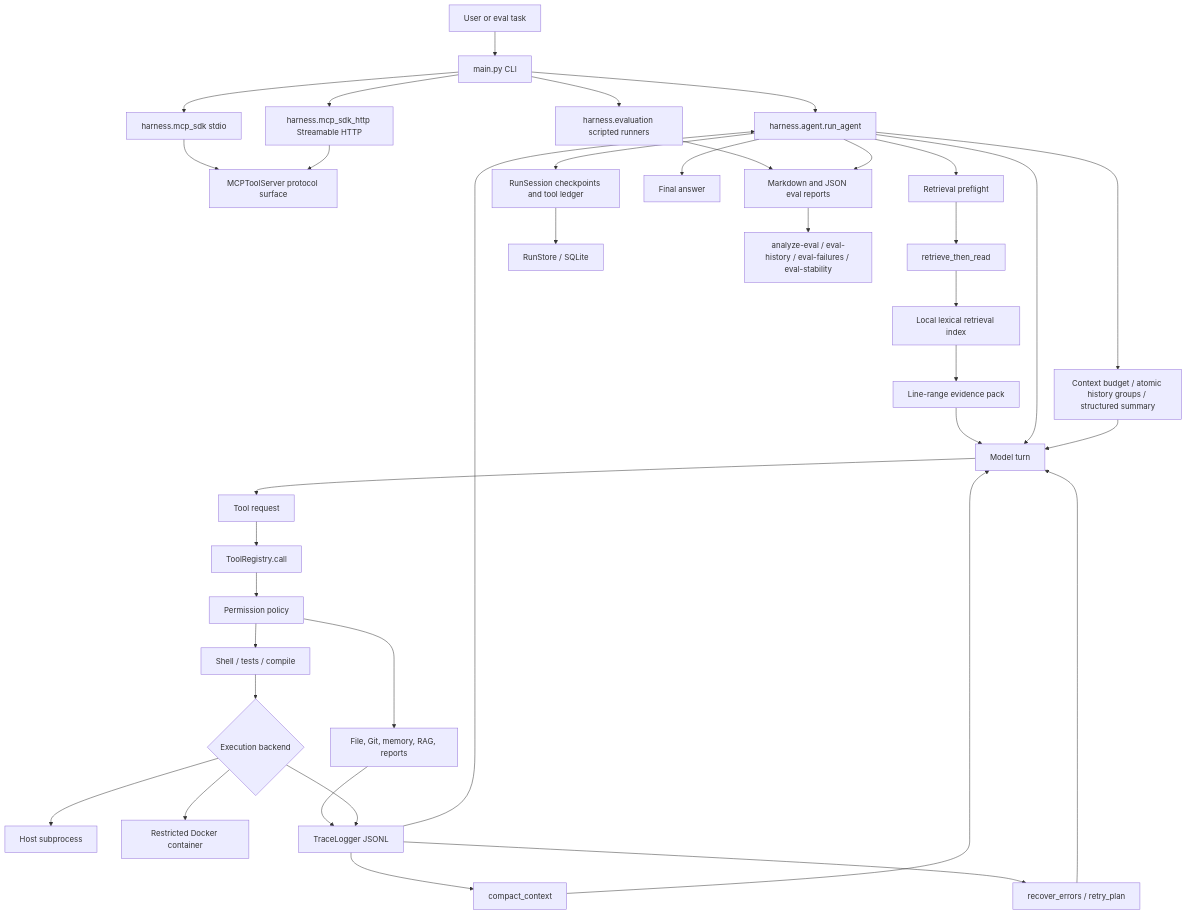
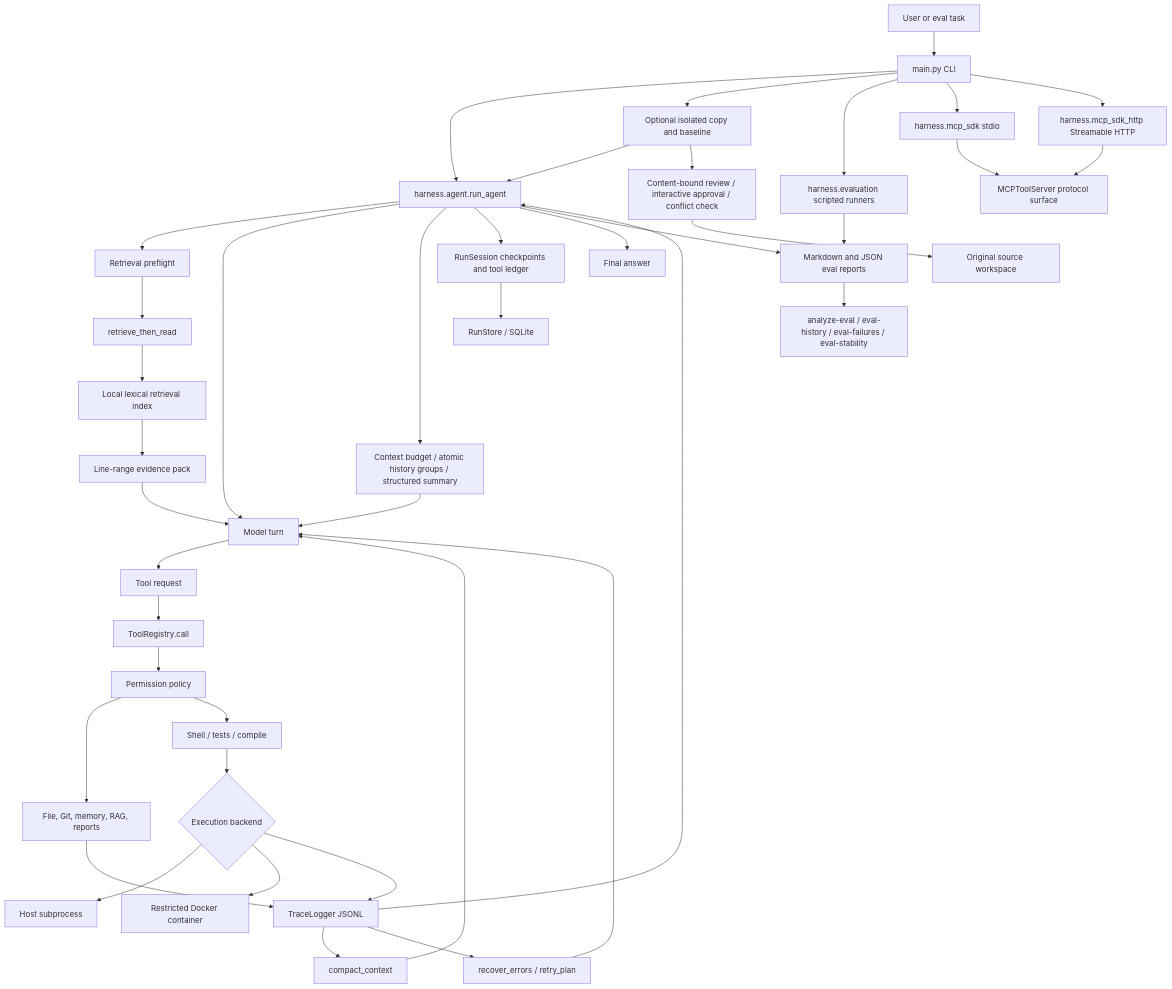
Before and after one commit to Userss1234/mini-coding-agent-harness: the first of 5 diagrams in docs/ARCHITECTURE.md, drawn with Mermaid. The commit also changed other lines of this file and 19 other files, not shown here.

Commit message:
feat: isolate agent workspaces with reviewed patch application

````diff
--- a/docs/ARCHITECTURE.md
+++ b/docs/ARCHITECTURE.md
@@ -7,43 +7,47 @@
 ```mermaid
 flowchart TD
     U["User or eval task"] --> CLI["main.py CLI"]
     CLI --> Agent["harness.agent.run_agent"]
+    CLI --> Workspace["Optional isolated copy and baseline"]
+    Workspace --> Agent
+    Workspace --> Patch["Content-bound review / interactive approval / conflict check"]
+    Patch --> Source["Original source workspace"]
     CLI --> Scripted["harness.evaluation scripted runners"]
     CLI --> MCPStdio["harness.mcp_sdk stdio"]
     CLI --> MCPHTTP["harness.mcp_sdk_http Streamable HTTP"]
     MCPStdio --> MCPProtocol["MCPToolServer protocol surface"]
     MCPHTTP --> MCPProtocol
 
     Agent --> Preflight["Retrieval preflight"]
     Preflight --> RTR["retrieve_then_read"]
     RTR --> RAG["Local lexical retrieval index"]
     RAG --> Evidence["Line-range evidence pack"]
     Evidence --> Model["Model turn"]
 
     Agent --> Model
     Agent --> ContextWindow["Context budget / atomic history groups / structured summary"]
     ContextWindow --> Model
     Agent --> RunSession["RunSession checkpoints and tool ledger"]
     RunSession --> RunStore["RunStore / SQLite"]
     Model --> ToolUse["Tool request"]
     ToolUse --> Registry["ToolRegistry.call"]
     Registry --> Policy["Permission policy"]
     Policy --> Tools["File, Git, memory, RAG, reports"]
     Policy --> Execute["Shell / tests / compile"]
     Execute --> Backend{"Execution backend"}
     Backend --> Host["Host subprocess"]
     Backend --> Docker["Restricted Docker container"]
     Tools --> Trace["TraceLogger JSONL"]
     Backend --> Trace
     Trace --> Agent
 
     Trace --> Compact["compact_context"]
     Trace --> Retry["recover_errors / retry_plan"]
     Compact --> Model
     Retry --> Model
 
     Agent --> Answer["Final answer"]
     Scripted --> EvalReport["Markdown and JSON eval reports"]
     Agent --> EvalReport
     EvalReport --> Analysis["analyze-eval / eval-history / eval-failures / eval-stability"]
 ```
````
